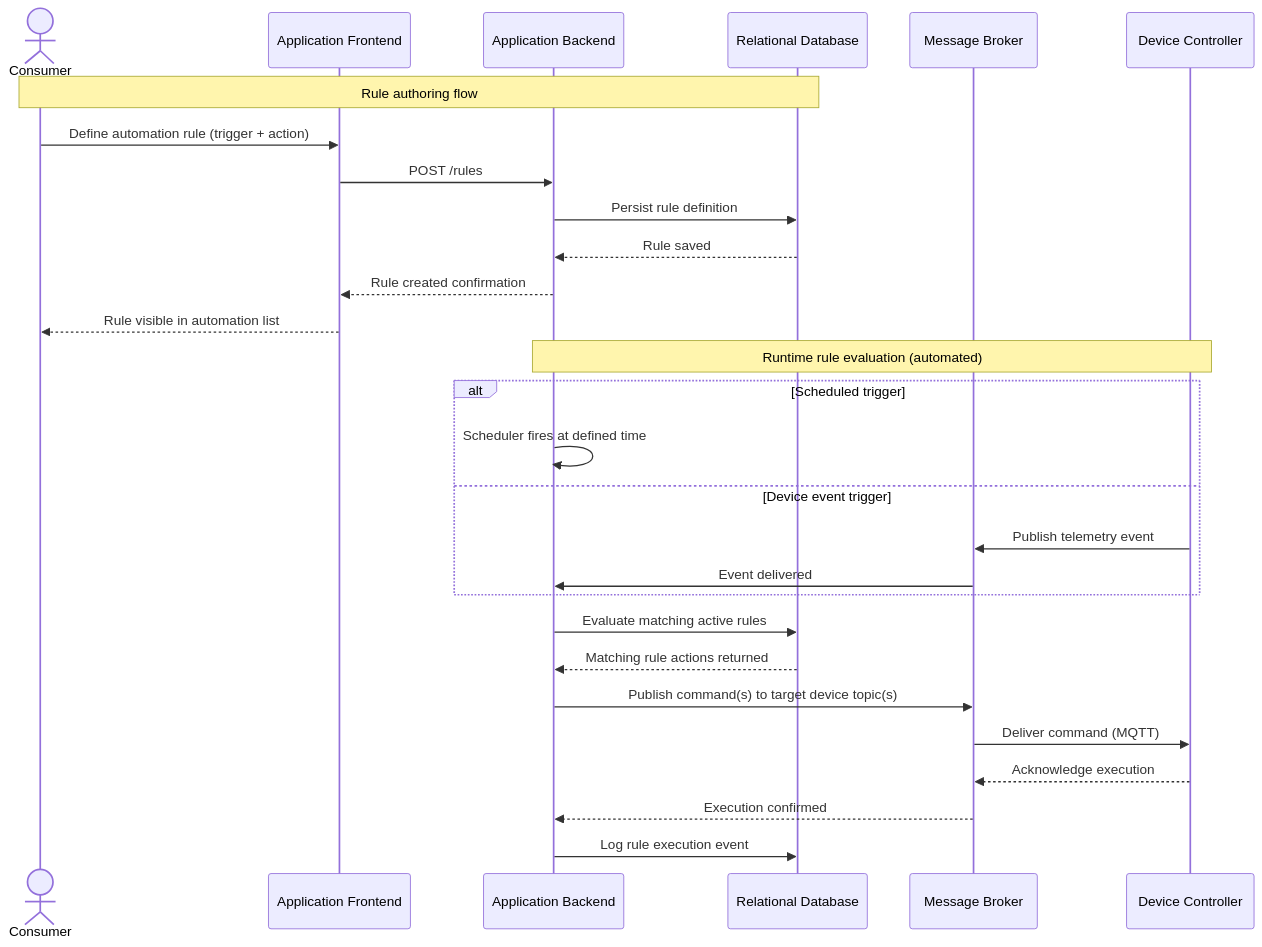
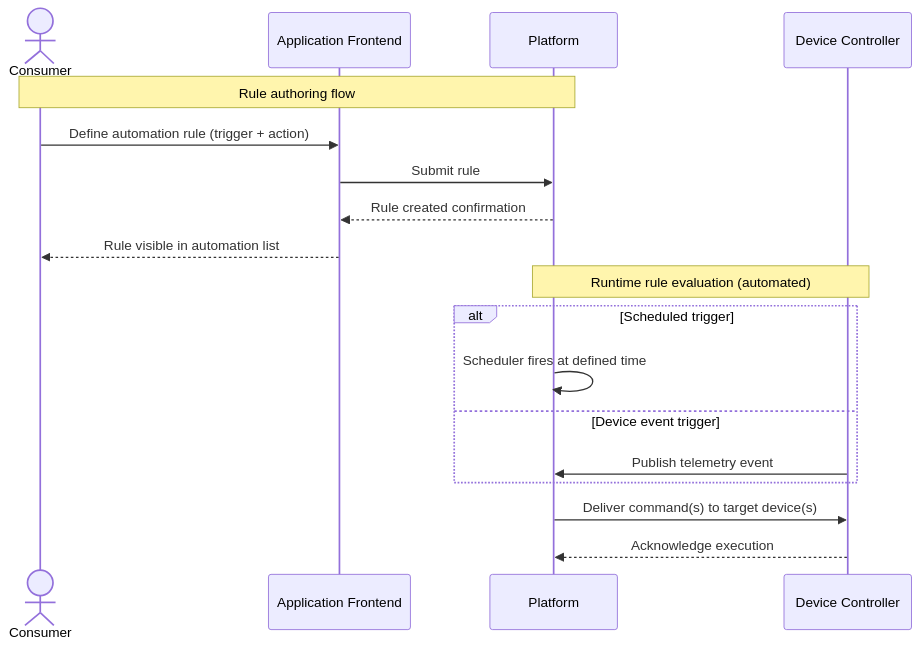
One commit to GarrettGruss/CS7346-401-report changed the third of 8 diagrams in docs/report/sections/03_use_cases/use_cases.md. Above: the diagram before and after it, drawn with Mermaid. The commit also changed other lines of this file and 10 other files, not shown here.

Commit message:
fix(03_use_cases): Simplifying use cases and re rendering diagrams with higher resoltuion fix(01_introduction): reducing content fix(05_quality attributes): adding requirements fix(08_cloud services): simplifying cloud components to bullet point list

````diff
--- a/docs/report/sections/03_use_cases/use_cases.md
+++ b/docs/report/sections/03_use_cases/use_cases.md
@@ -108,32 +93,22 @@
 ```mermaid
 sequenceDiagram
     actor Consumer
     participant Frontend as Application Frontend
-    participant Backend as Application Backend
-    participant DB as Relational Database
-    participant Broker as Message Broker
+    participant Platform as Platform
     participant Controller as Device Controller
 
-    note over Consumer, DB: Rule authoring flow
+    note over Consumer, Platform: Rule authoring flow
     Consumer->>Frontend: Define automation rule (trigger + action)
-    Frontend->>Backend: POST /rules
-    Backend->>DB: Persist rule definition
-    DB-->>Backend: Rule saved
-    Backend-->>Frontend: Rule created confirmation
+    Frontend->>Platform: Submit rule
+    Platform-->>Frontend: Rule created confirmation
     Frontend-->>Consumer: Rule visible in automation list
 
-    note over Backend, Controller: Runtime rule evaluation (automated)
+    note over Platform, Controller: Runtime rule evaluation (automated)
     alt Scheduled trigger
-        Backend->>Backend: Scheduler fires at defined time
+        Platform->>Platform: Scheduler fires at defined time
     else Device event trigger
-        Controller->>Broker: Publish telemetry event
-        Broker->>Backend: Event delivered
+        Controller->>Platform: Publish telemetry event
     end
-    Backend->>DB: Evaluate matching active rules
-    DB-->>Backend: Matching rule actions returned
-    Backend->>Broker: Publish command(s) to target device topic(s)
-    Broker->>Controller: Deliver command (MQTT)
-    Controller-->>Broker: Acknowledge execution
-    Broker-->>Backend: Execution confirmed
-    Backend->>DB: Log rule execution event
+    Platform->>Controller: Deliver command(s) to target device(s)
+    Controller-->>Platform: Acknowledge execution
 ```
````
